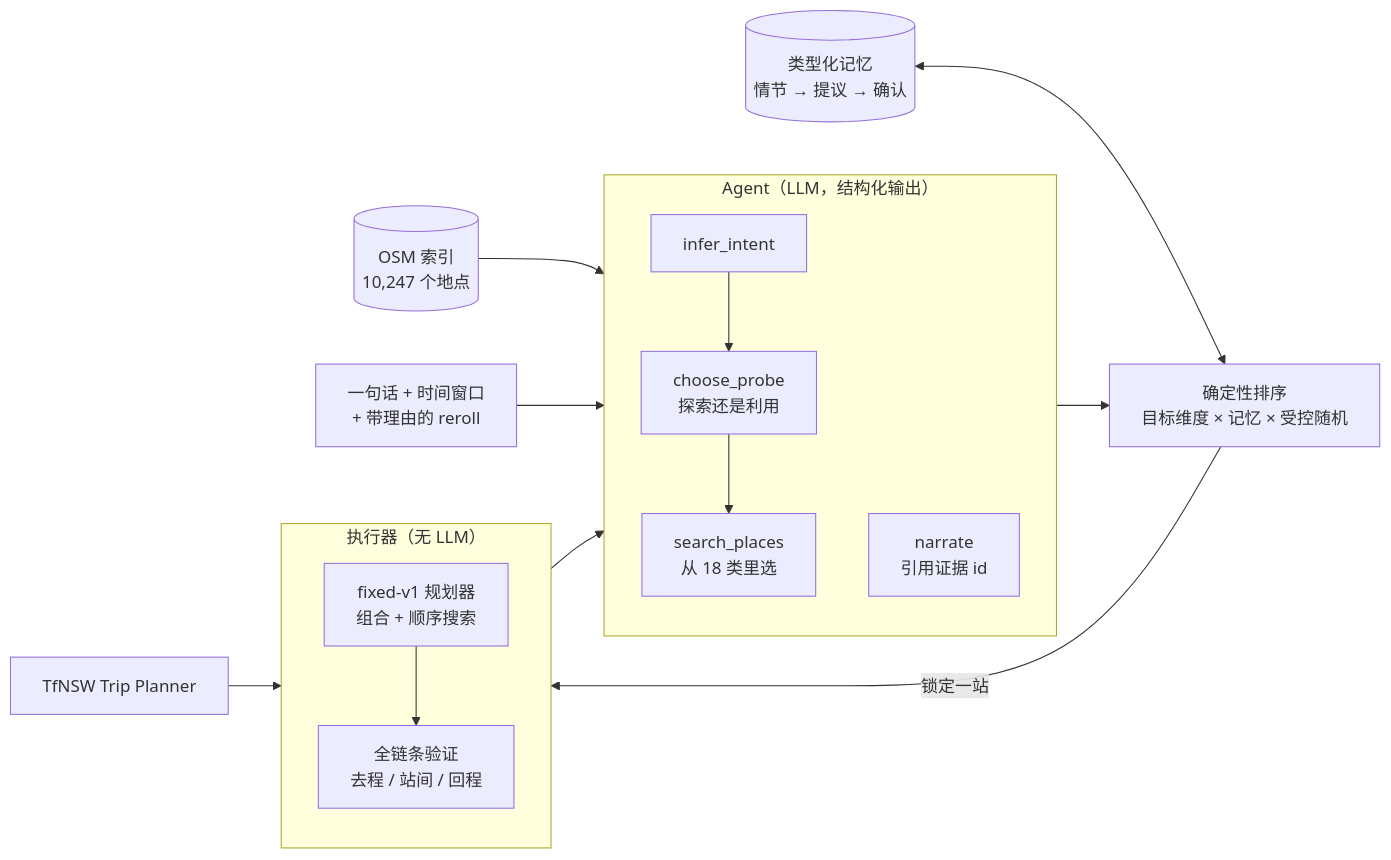
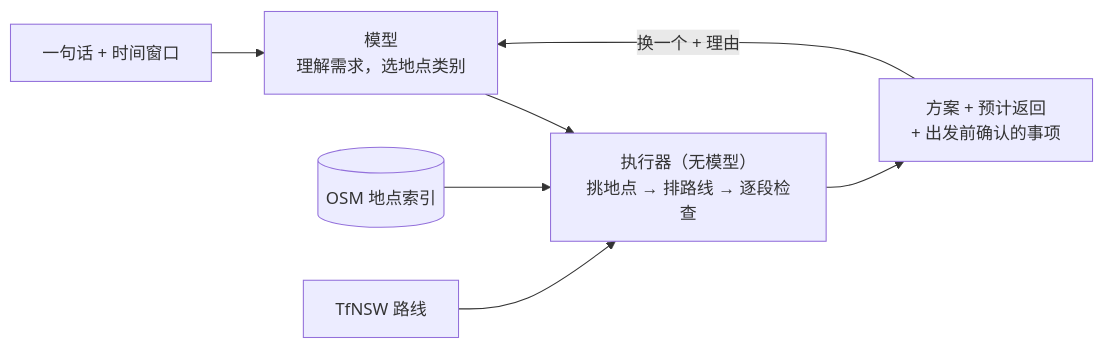
The diagram in README.md (Cheryl-29/sidequest), drawn with Mermaid before and after one commit. The commit also changed other lines of this file and 11 other files, not shown here.

````diff
--- a/README.md
+++ b/README.md
@@ -42,19 +34,9 @@
 ```mermaid
 flowchart LR
-    U["一句话 + 时间窗口<br/>+ 带理由的 reroll"] --> A
-    subgraph A["Agent（LLM，结构化输出）"]
-        direction TB
-        I[infer_intent] --> P["choose_probe<br/>探索还是利用"] --> S["search_places<br/>从 18 类里选"]
-        N[narrate<br/>引用证据 id]
-    end
-    S --> R["确定性排序<br/>目标维度 × 记忆 × 受控随机"]
-    R -->|锁定一站| V
-    subgraph V["执行器（无 LLM）"]
-        direction TB
-        PL["fixed-v1 规划器<br/>组合 + 顺序搜索"] --> VA["全链条验证<br/>去程 / 站间 / 回程"]
-    end
-    VA --> N
-    M[("类型化记忆<br/>情节 → 提议 → 确认")] <--> R
-    OSM[("OSM 索引<br/>10,247 个地点")] --> S
-    TF[TfNSW Trip Planner] --> VA
+    U["一句话 + 时间窗口"] --> M["模型<br/>理解需求，选地点类别"]
+    M --> E["执行器（无模型）<br/>挑地点 → 排路线 → 逐段检查"]
+    E --> R["方案 + 预计返回<br/>+ 出发前确认的事项"]
+    R -->|"换一个 + 理由"| M
+    OSM[("OSM 地点索引")] --> E
+    TF["TfNSW 路线"] --> E
 ```
````
